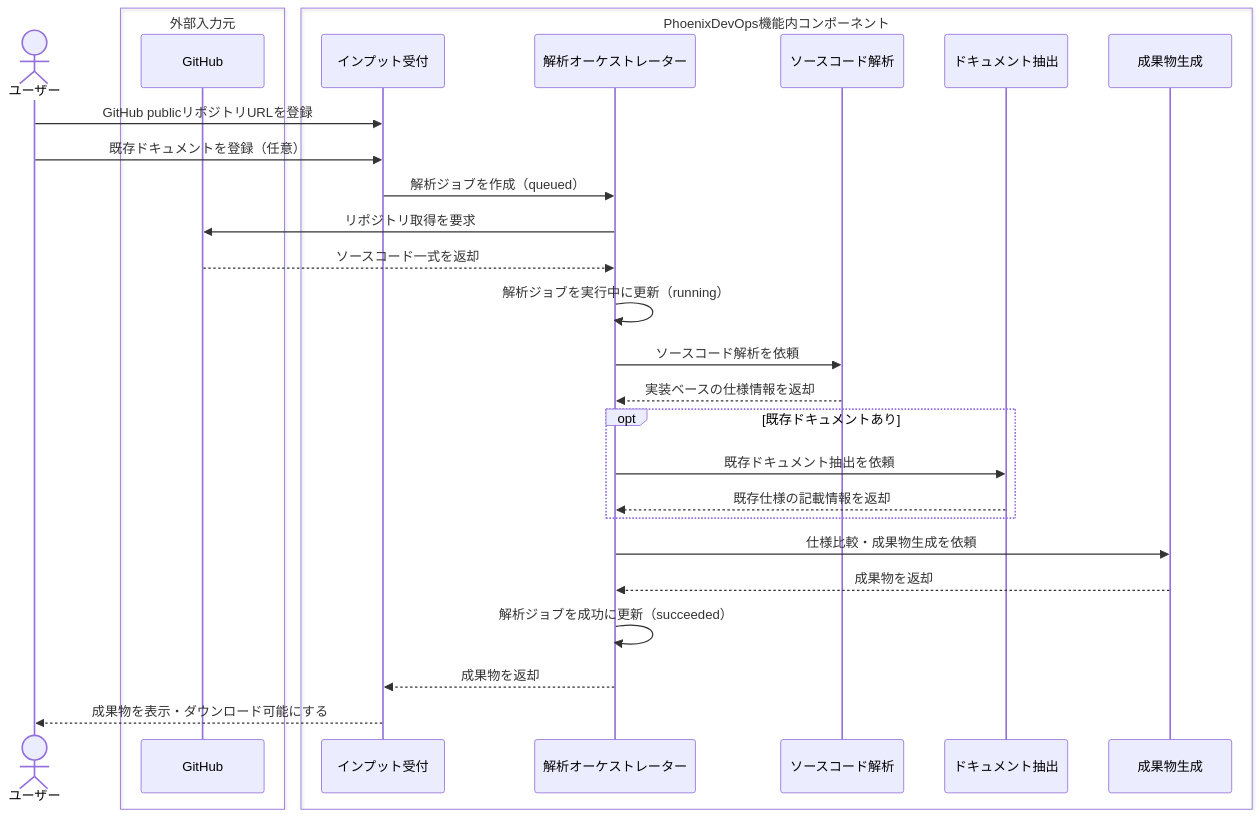
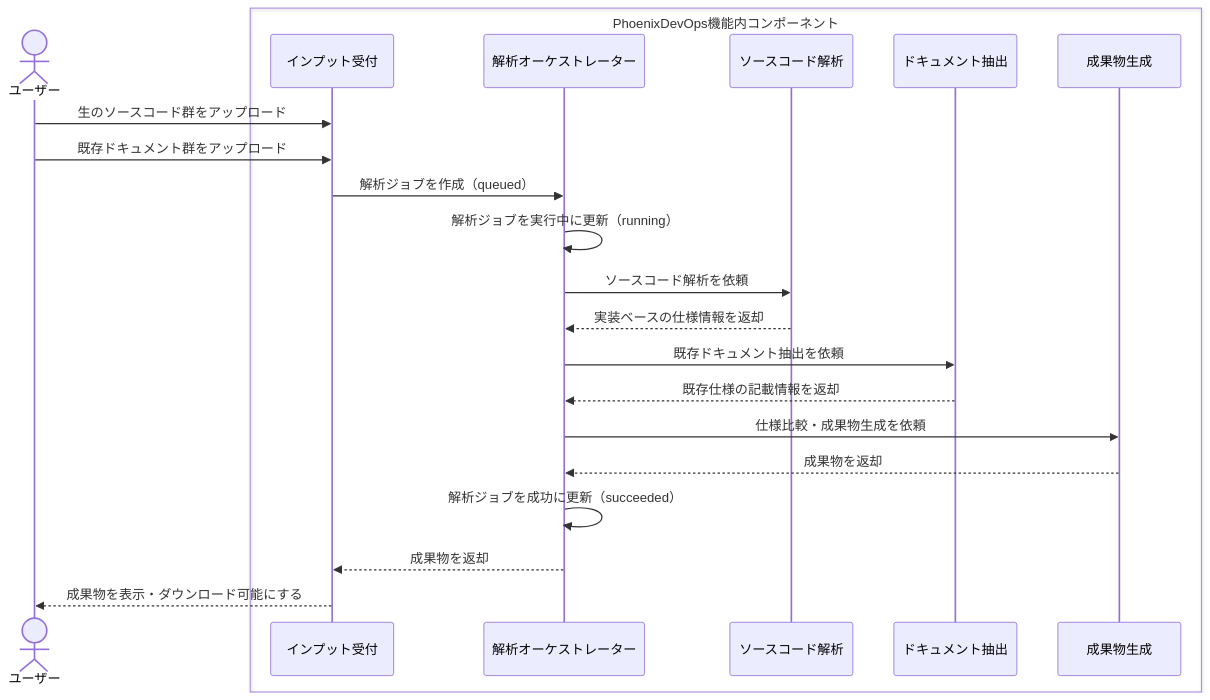
One commit to daisuke-arakawa-uhuru/PhoenixDevOps changed the first of 2 diagrams in documents/features/01-document-drift-agent.md. Above: the diagram before and after it, drawn with Mermaid. The commit also changed other lines of this file and 1 other file, not shown here.

````diff
--- a/documents/features/01-document-drift-agent.md
+++ b/documents/features/01-document-drift-agent.md
@@ -155,34 +154,26 @@
 ```mermaid
 sequenceDiagram
     actor User as ユーザー
-
-    box 外部入力元
-        participant GitHub as GitHub
-    end
 
     box PhoenixDevOps機能内コンポーネント
         participant Input as インプット受付
         participant Orchestrator as 解析オーケストレーター
         participant Code as ソースコード解析
         participant Docs as ドキュメント抽出
         participant Generator as 成果物生成
     end
 
-    User->>Input: GitHub publicリポジトリURLを登録
-    User->>Input: 既存ドキュメントを登録（任意）
+    User->>Input: 生のソースコード群をアップロード
+    User->>Input: 既存ドキュメント群をアップロード
     Input->>Orchestrator: 解析ジョブを作成（queued）
-    Orchestrator->>GitHub: リポジトリ取得を要求
-    GitHub-->>Orchestrator: ソースコード一式を返却
     Orchestrator->>Orchestrator: 解析ジョブを実行中に更新（running）
     Orchestrator->>Code: ソースコード解析を依頼
     Code-->>Orchestrator: 実装ベースの仕様情報を返却
-    opt 既存ドキュメントあり
-        Orchestrator->>Docs: 既存ドキュメント抽出を依頼
-        Docs-->>Orchestrator: 既存仕様の記載情報を返却
-    end
+    Orchestrator->>Docs: 既存ドキュメント抽出を依頼
+    Docs-->>Orchestrator: 既存仕様の記載情報を返却
     Orchestrator->>Generator: 仕様比較・成果物生成を依頼
     Generator-->>Orchestrator: 成果物を返却
     Orchestrator->>Orchestrator: 解析ジョブを成功に更新（succeeded）
     Orchestrator-->>Input: 成果物を返却
     Input-->>User: 成果物を表示・ダウンロード可能にする
 ```
````
